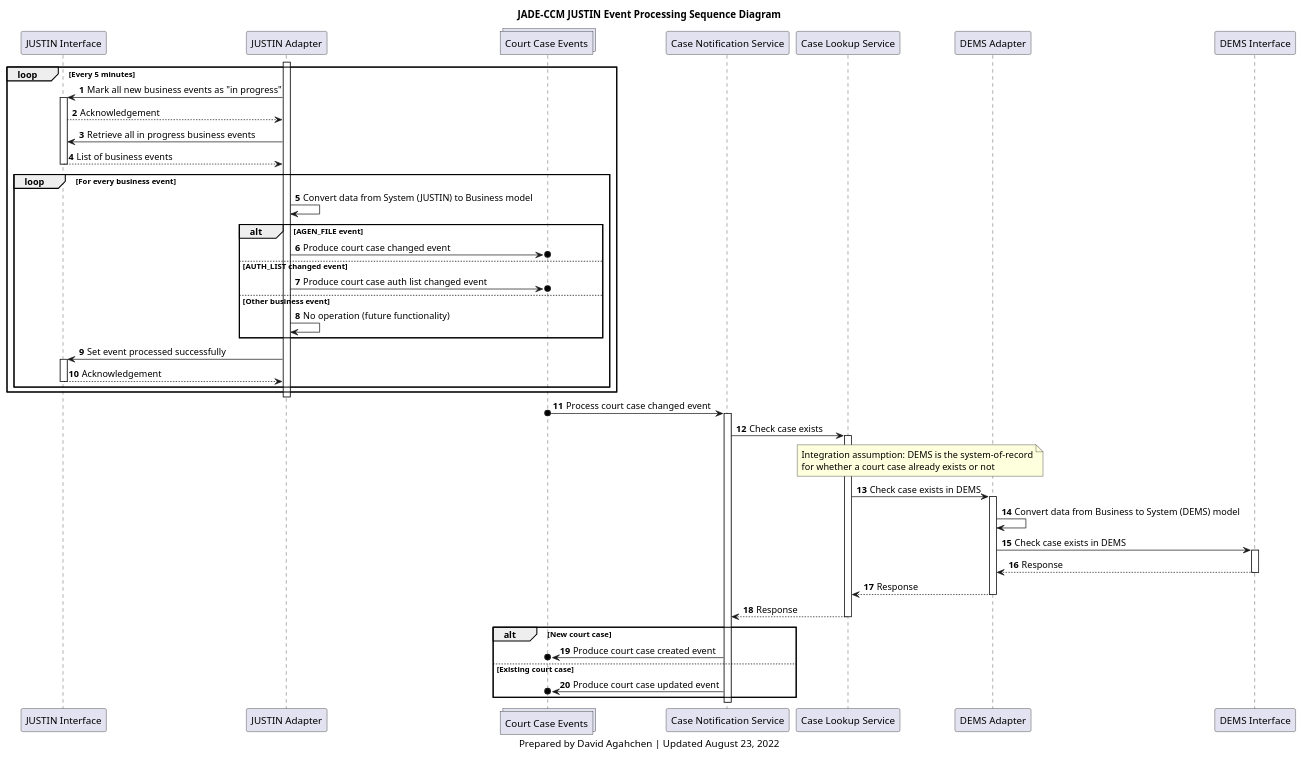
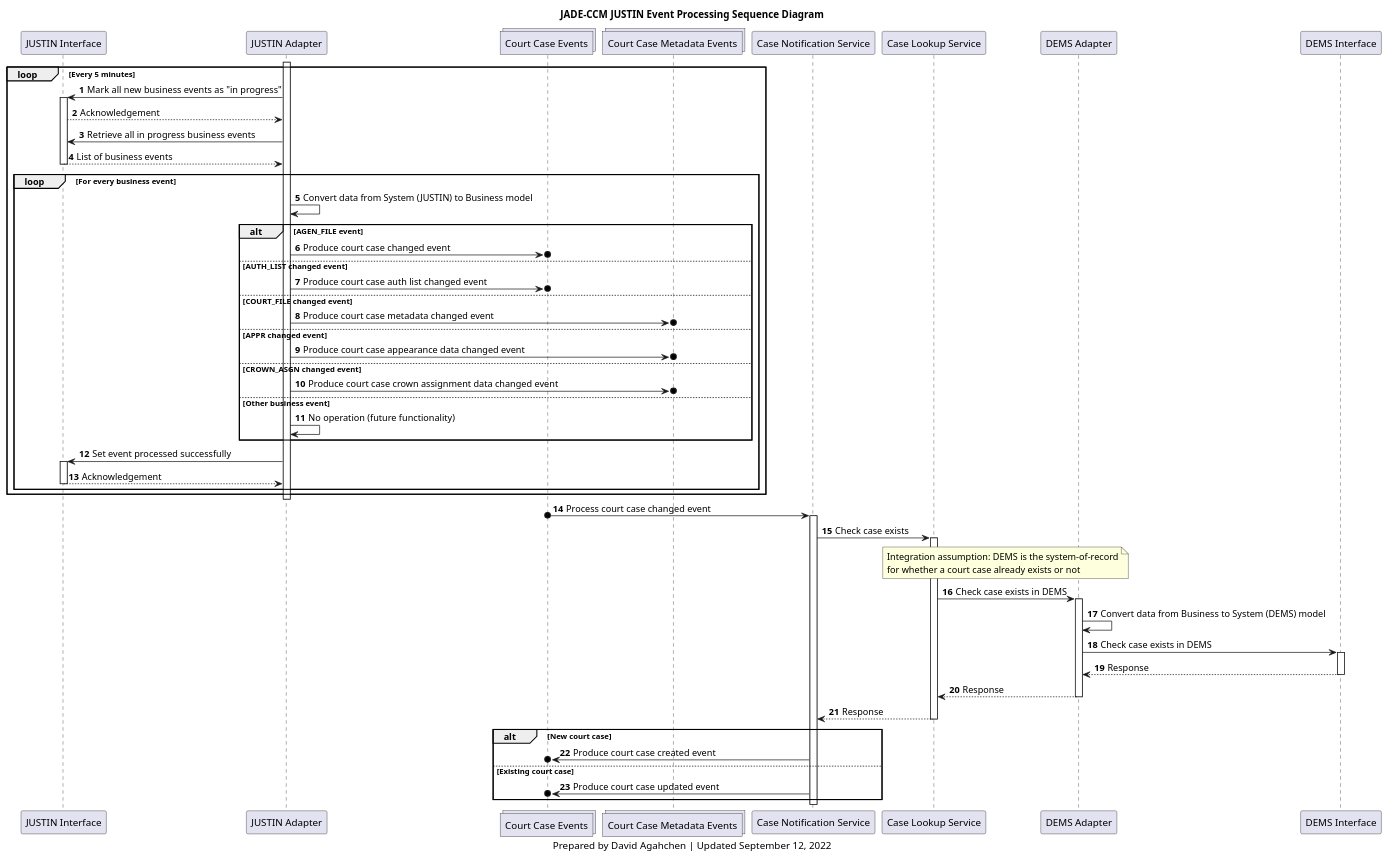
Before and after one commit to bcgov/jpss-jade-ccm: the diagram in img/src/ccm_justin_event_processing_sequence_diagram.plantuml, drawn with PlantUML. The commit also changed 7 other files, not shown here.

```diff
--- a/img/src/ccm_justin_event_processing_sequence_diagram.plantuml
+++ b/img/src/ccm_justin_event_processing_sequence_diagram.plantuml
@@ -1,71 +1,78 @@
 @startuml
 'hide footbox
 participant j_interface as "JUSTIN Interface"
 participant j_adapter as "JUSTIN Adapter"
 collections court_cases_topic as "Court Case Events"
+collections court_case_metadatas_topic as "Court Case Metadata Events"
 participant case_notification_service as "Case Notification Service"
 participant case_lookup_service as "Case Lookup Service"
 participant d_adapter as "DEMS Adapter"
 participant d_interface as "DEMS Interface"
 
 title
 JADE-CCM JUSTIN Event Processing Sequence Diagram
 end title
 
 autonumber
 
 activate j_adapter
 loop Every 5 minutes
     j_adapter-> j_interface: Mark all new business events as "in progress"
     activate j_interface
     j_interface --> j_adapter: Acknowledgement
     j_adapter-> j_interface: Retrieve all in progress business events
     j_interface --> j_adapter: List of business events
     deactivate j_interface
     loop For every business event
         j_adapter -> j_adapter: Convert data from System (JUSTIN) to Business model
         alt AGEN_FILE event
             j_adapter ->o court_cases_topic: Produce court case changed event
         else AUTH_LIST changed event
             j_adapter ->o court_cases_topic: Produce court case auth list changed event
+        else COURT_FILE changed event
+            j_adapter ->o court_case_metadatas_topic: Produce court case metadata changed event
+        else APPR changed event
+            j_adapter ->o court_case_metadatas_topic: Produce court case appearance data changed event
+        else CROWN_ASGN changed event
+            j_adapter ->o court_case_metadatas_topic: Produce court case crown assignment data changed event
         else Other business event
             j_adapter -> j_adapter: No operation (future functionality)
         end
         j_adapter -> j_interface: Set event processed successfully
         activate j_interface
         j_interface --> j_adapter: Acknowledgement
         deactivate j_interface
     end
 end
 deactivate j_adapter
 
 court_cases_topic o-> case_notification_service: Process court case changed event
 activate case_notification_service
 case_notification_service -> case_lookup_service: Check case exists
 activate case_lookup_service
 note over case_lookup_service, d_adapter
 Integration assumption: DEMS is the system-of-record
 for whether a court case already exists or not
 end note
 case_lookup_service -> d_adapter: Check case exists in DEMS
 activate d_adapter
 d_adapter -> d_adapter: Convert data from Business to System (DEMS) model
 d_adapter -> d_interface: Check case exists in DEMS
 activate d_interface
 d_interface --> d_adapter: Response
 deactivate d_interface
 d_adapter --> case_lookup_service: Response
 deactivate d_adapter
 case_lookup_service --> case_notification_service: Response
 deactivate case_lookup_service
 alt New court case
     case_notification_service ->o court_cases_topic: Produce court case created event
 else Existing court case
     case_notification_service ->o court_cases_topic: Produce court case updated event
 end
 deactivate case_notification_service
 
 caption
-Prepared by David Agahchen | Updated August 23, 2022
+Prepared by David Agahchen | Updated September 12, 2022
 end caption
 @enduml
```
